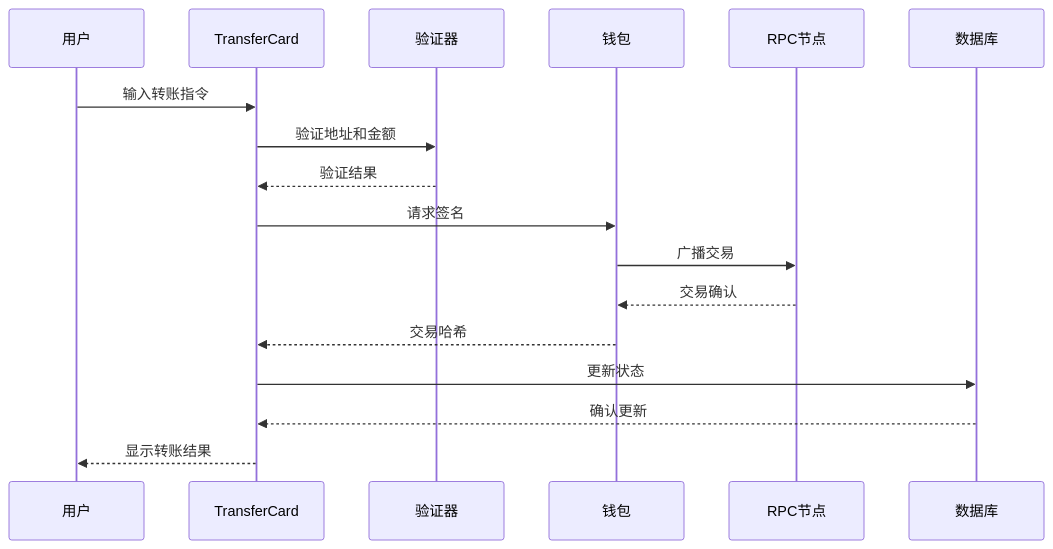
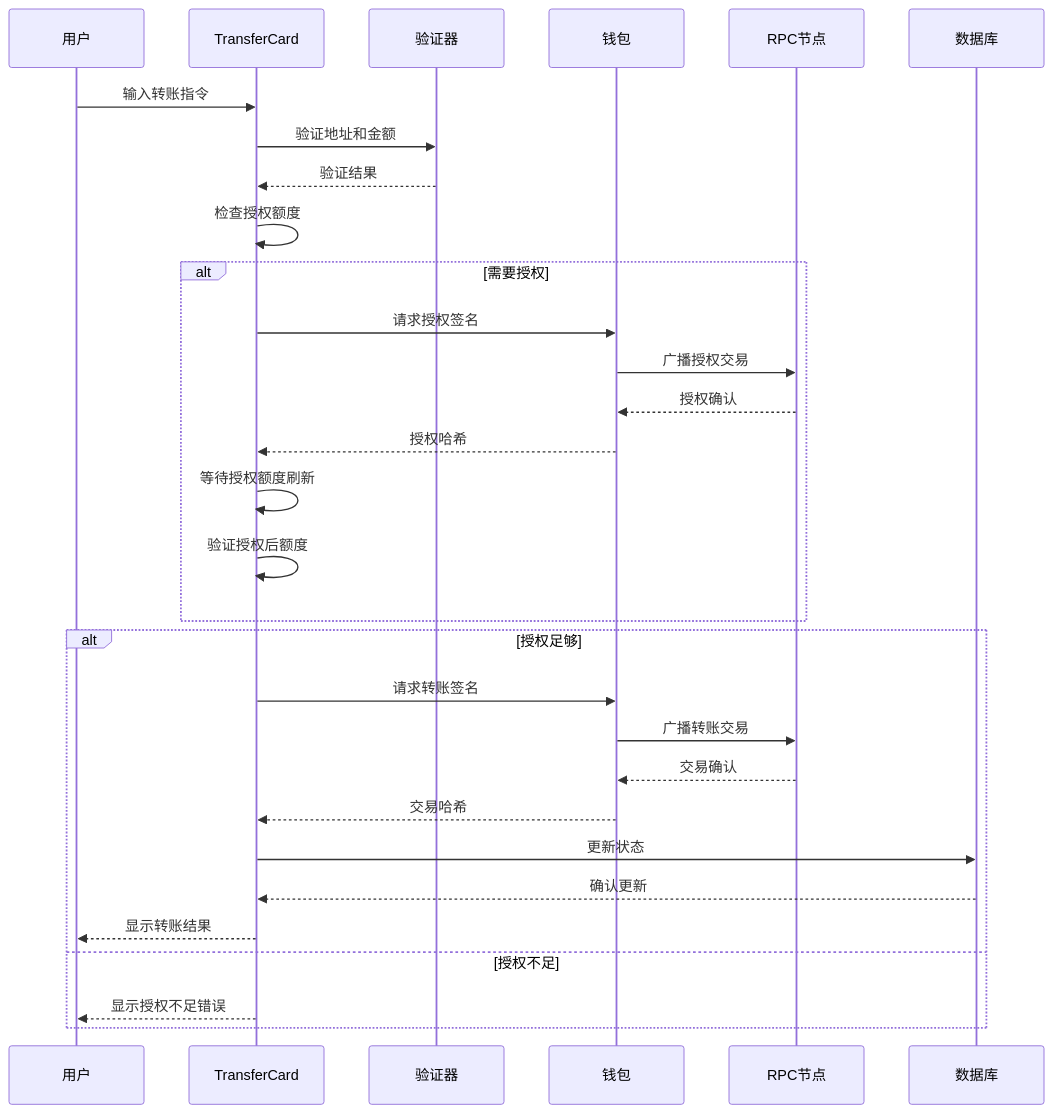
Before and after one commit to CryptoLinxu/Web3-AI-Agent: the fourth of 12 diagrams in .qoder/repowiki/zh/content/项目概述/整体架构概览/Web应用程序/TransferCard转账卡片组件.md, drawn with Mermaid. The commit also changed other lines of this file and 18 other files, not shown here.

````diff
--- a/.qoder/repowiki/zh/content/项目概述/整体架构概览/Web应用程序/TransferCard转账卡片组件.md
+++ b/.qoder/repowiki/zh/content/项目概述/整体架构概览/Web应用程序/TransferCard转账卡片组件.md
@@ -174,19 +188,32 @@
 ```mermaid
 sequenceDiagram
 participant User as 用户
 participant Card as TransferCard
 participant Validator as 验证器
 participant Wallet as 钱包
 participant RPC as RPC节点
 participant DB as 数据库
 User->>Card : 输入转账指令
 Card->>Validator : 验证地址和金额
 Validator-->>Card : 验证结果
-Card->>Wallet : 请求签名
-Wallet->>RPC : 广播交易
+Card->>Card : 检查授权额度
+alt 需要授权
+Card->>Wallet : 请求授权签名
+Wallet->>RPC : 广播授权交易
+RPC-->>Wallet : 授权确认
+Wallet-->>Card : 授权哈希
+Card->>Card : 等待授权额度刷新
+Card->>Card : 验证授权后额度
+end
+alt 授权足够
+Card->>Wallet : 请求转账签名
+Wallet->>RPC : 广播转账交易
 RPC-->>Wallet : 交易确认
 Wallet-->>Card : 交易哈希
 Card->>DB : 更新状态
 DB-->>Card : 确认更新
 Card-->>User : 显示转账结果
+else 授权不足
+Card-->>User : 显示授权不足错误
+end
 ```
````
